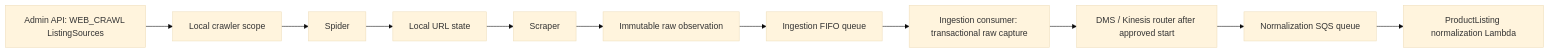
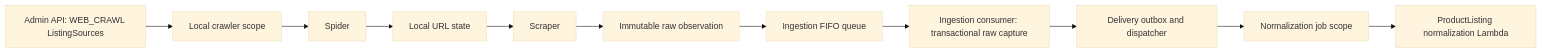
Before and after one commit to aura-historia/backend: the diagram in docs/crawler/README.md, drawn with Mermaid (base theme). The commit also changed 8 other files, not shown here.

First line of the commit message:
fix(#3026): address review of the delivery outbox

````diff
--- a/docs/crawler/README.md
+++ b/docs/crawler/README.md
@@ -9,13 +9,13 @@
 ```mermaid
 flowchart LR
     Source[Admin API: WEB_CRAWL ListingSources] --> Sync[Local crawler scope]
     Sync --> Spider[Spider]
     Spider --> Urls[Local URL state]
     Urls --> Scraper[Scraper]
     Scraper --> Raw[Immutable raw observation]
     Raw --> Queue[Ingestion FIFO queue]
     Queue --> Capture[Ingestion consumer: transactional raw capture]
-    Capture --> CDC[DMS / Kinesis router after approved start]
-    CDC --> SQS[Normalization SQS queue]
+    Capture --> CDC[Delivery outbox and dispatcher]
+    CDC --> SQS[Normalization job scope]
     SQS --> Normalizer[ProductListing normalization Lambda]
 ```
````
